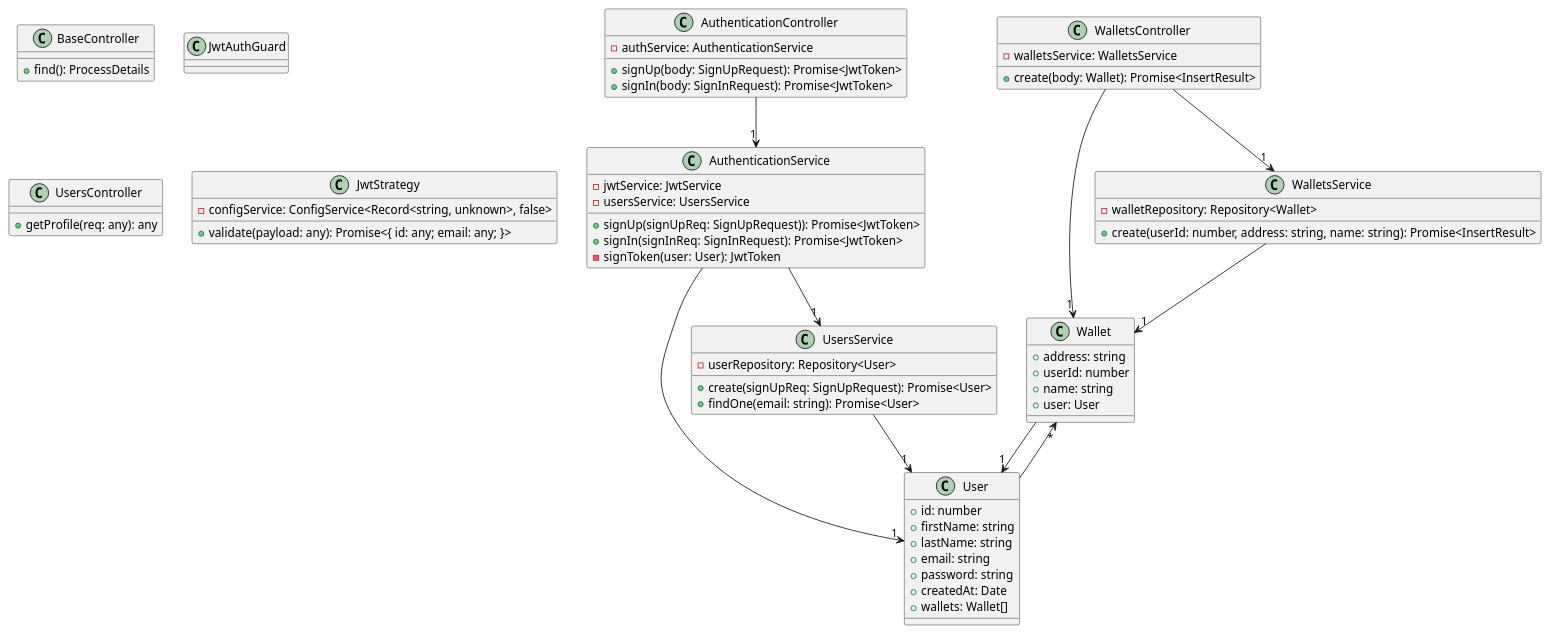
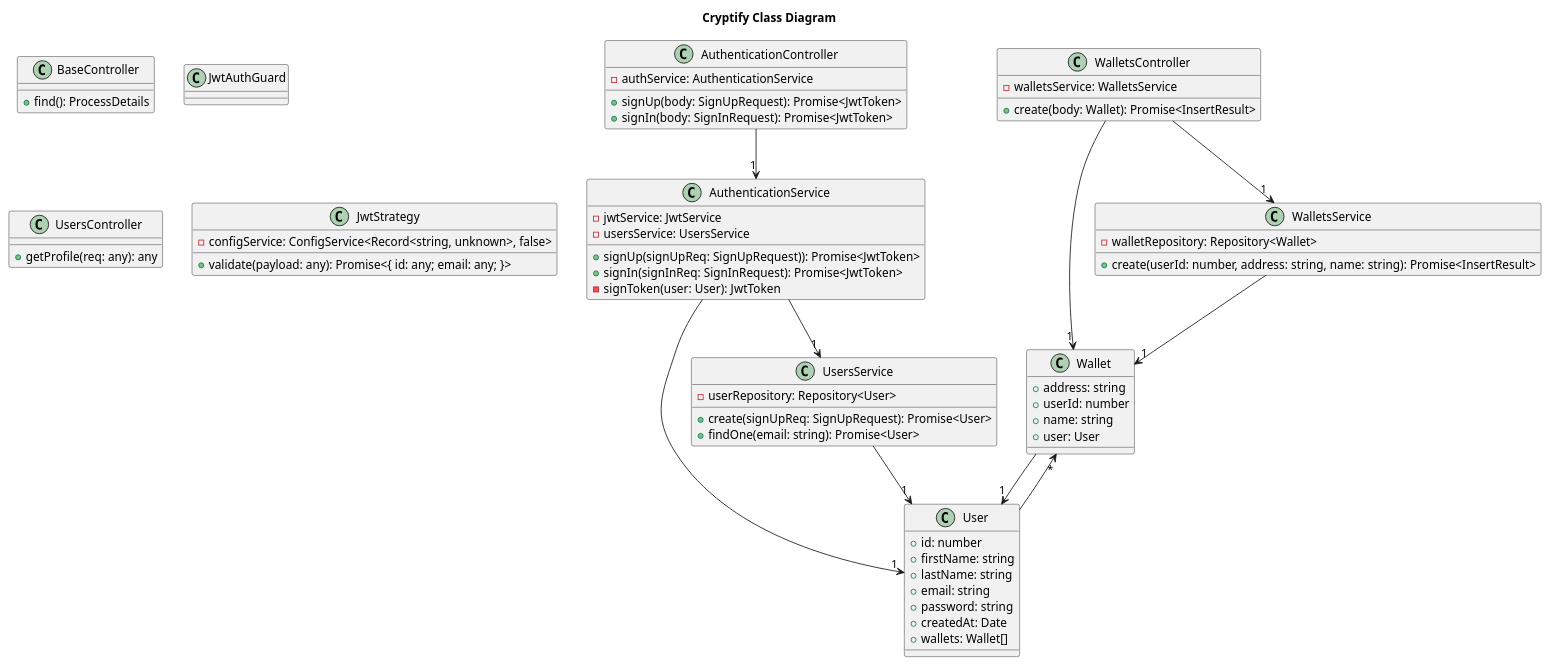
One commit to SOEN-490-Capstone/Cryptify changed the diagram in packages/docs/diagrams/class_diagram.puml. Above: the diagram before and after it, drawn with PlantUML. The commit also changed 2 other files, not shown here.

Commit message:
Updated diagram titles

```diff
--- a/packages/docs/diagrams/class_diagram.puml
+++ b/packages/docs/diagrams/class_diagram.puml
@@ -1,62 +1,64 @@
 @startuml
+title Cryptify Class Diagram
+
 class BaseController {
     +find(): ProcessDetails
 }
 class Wallet {
     +address: string
     +userId: number
     +name: string
     +user: User
 }
 class User {
     +id: number
     +firstName: string
     +lastName: string
     +email: string
     +password: string
     +createdAt: Date
     +wallets: Wallet[]
 }
 class UsersService {
     -userRepository: Repository<User>
     +create(signUpReq: SignUpRequest): Promise<User>
     +findOne(email: string): Promise<User>
 }
 class AuthenticationService {
     -jwtService: JwtService
     -usersService: UsersService
     +signUp(signUpReq: SignUpRequest)): Promise<JwtToken>
     +signIn(signInReq: SignInRequest): Promise<JwtToken>
     -signToken(user: User): JwtToken
 }
 class AuthenticationController {
     -authService: AuthenticationService
     +signUp(body: SignUpRequest): Promise<JwtToken>
     +signIn(body: SignInRequest): Promise<JwtToken>
 }
 class JwtAuthGuard
 class UsersController {
     +getProfile(req: any): any
 }
 class JwtStrategy {
     -configService: ConfigService<Record<string, unknown>, false>
     +validate(payload: any): Promise<{ id: any; email: any; }>
 }
 class WalletsService {
     -walletRepository: Repository<Wallet>
     +create(userId: number, address: string, name: string): Promise<InsertResult>
 }
 class WalletsController {
     -walletsService: WalletsService
     +create(body: Wallet): Promise<InsertResult>
 }
 Wallet --> "1" User
 User --> "*" Wallet
 UsersService --> "1" User
 AuthenticationService --> "1" UsersService
 AuthenticationService --> "1" User
 AuthenticationController --> "1" AuthenticationService
 WalletsService --> "1" Wallet
 WalletsController --> "1" WalletsService
 WalletsController --> "1" Wallet
 @enduml
```
